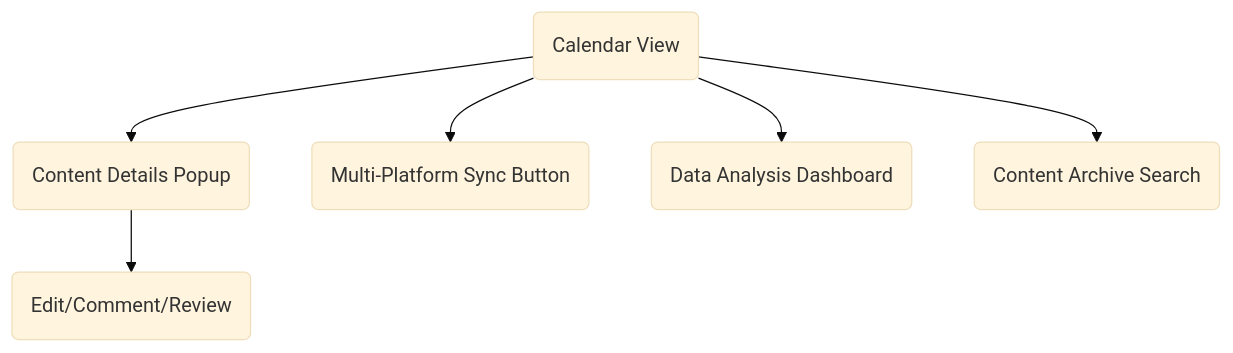
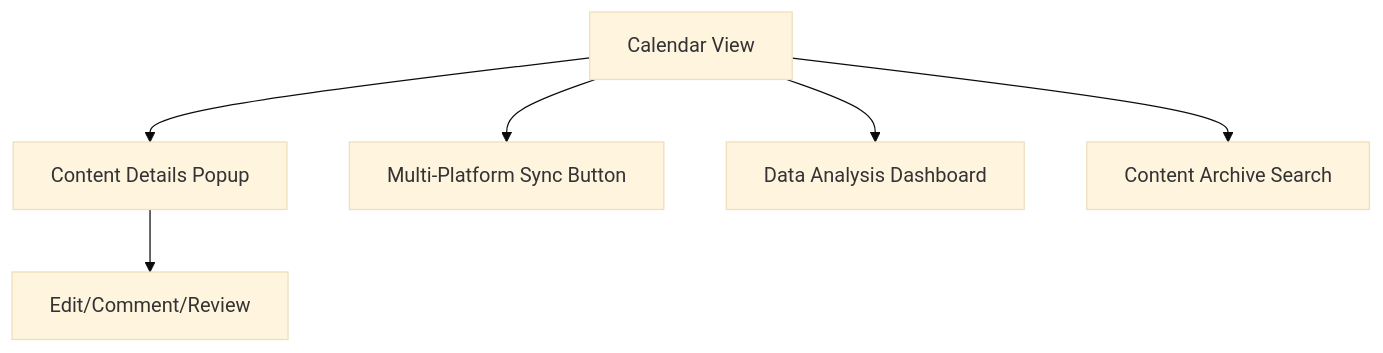
The first of 2 diagrams in docs/golang/9-Micro-SaaS-Ideas-with-Huge-Demand-and-No-Competition.md (pfinal-nc/pfinal-nc.github.io), drawn with Mermaid (base theme) before and after one commit. The commit also changed other lines of this file and 14 other files, not shown here.

````diff
--- a/docs/golang/9-Micro-SaaS-Ideas-with-Huge-Demand-and-No-Competition.md
+++ b/docs/golang/9-Micro-SaaS-Ideas-with-Huge-Demand-and-No-Competition.md
@@ -244,8 +243,8 @@
 ```mermaid
 flowchart TD
-    A(Calendar View) --> B(Content Details Popup)
-    A --> C(Multi-Platform Sync Button)
-    B --> D(Edit/Comment/Review)
-    A --> E(Data Analysis Dashboard)
-    A --> F(Content Archive Search)
+    A[Calendar View] --> B[Content Details Popup]
+    A --> C[Multi-Platform Sync Button]
+    B --> D[Edit/Comment/Review]
+    A --> E[Data Analysis Dashboard]
+    A --> F[Content Archive Search]
 ```
````
